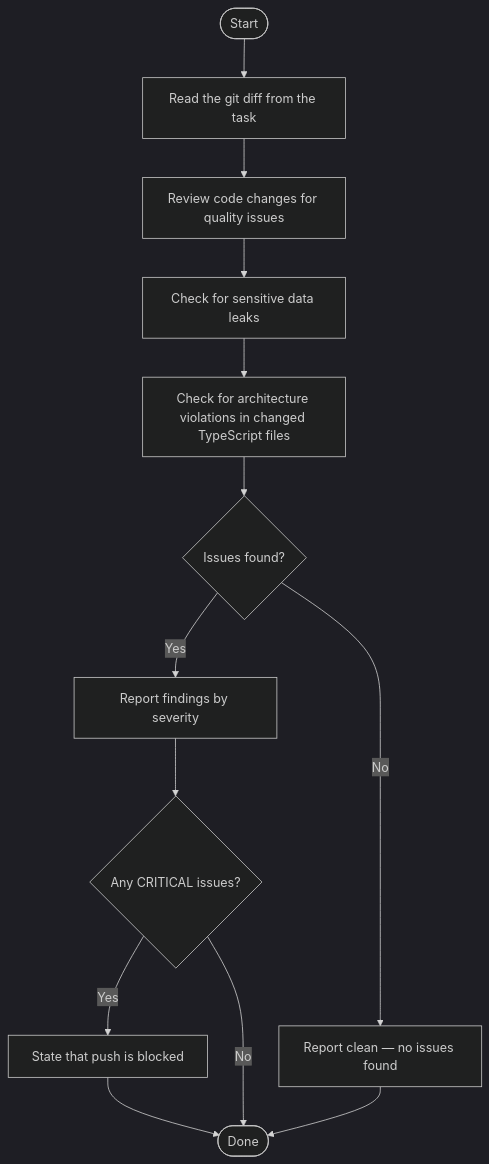
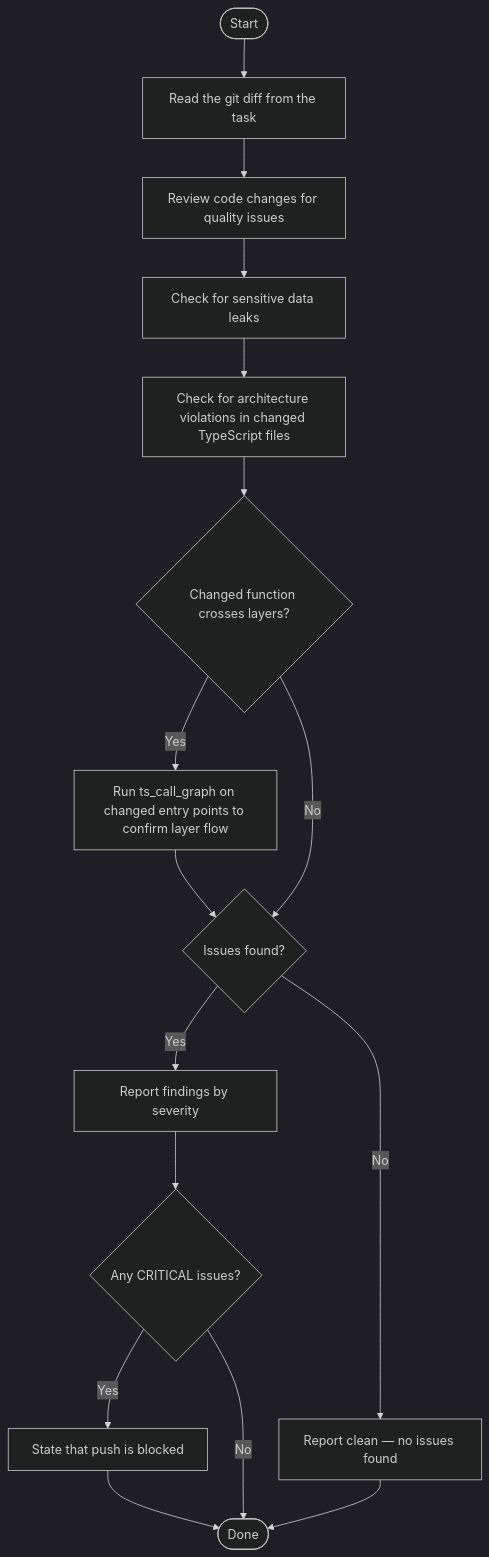
Before and after one commit to s-age/perclst: the diagram in procedures/code-inspect/inspect.md, drawn with Mermaid (dark theme). The commit also changed 15 other files, not shown here.

````diff
--- a/procedures/code-inspect/inspect.md
+++ b/procedures/code-inspect/inspect.md
@@ -5,15 +5,18 @@
 ```mermaid
 flowchart TD
     Start([Start]) --> ReadDiff[Read the git diff from the task]
     ReadDiff --> ReviewCode[Review code changes for quality issues]
     ReviewCode --> CheckSensitive[Check for sensitive data leaks]
     CheckSensitive --> CheckArch[Check for architecture violations in changed TypeScript files]
-    CheckArch --> AnyIssues{Issues found?}
+    CheckArch --> NeedCallGraph{Changed function crosses layers?}
+    NeedCallGraph -- Yes --> TraceCallGraph[Run ts_call_graph on changed entry points to confirm layer flow]
+    NeedCallGraph -- No --> AnyIssues
+    TraceCallGraph --> AnyIssues{Issues found?}
     AnyIssues -- Yes --> Report[Report findings by severity]
     AnyIssues -- No --> Clean[Report clean — no issues found]
     Report --> HasCritical{Any CRITICAL issues?}
     HasCritical -- Yes --> Block[State that push is blocked]
     HasCritical -- No --> Done([Done])
     Clean --> Done
     Block --> Done
 ```
````
